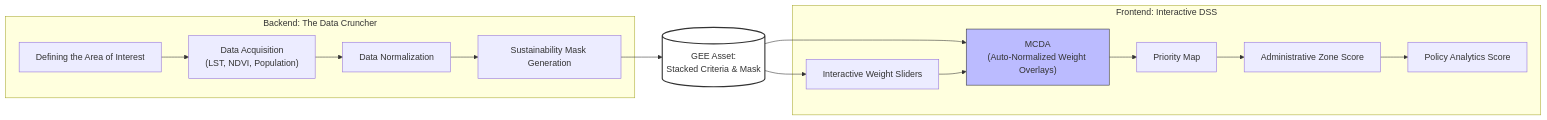
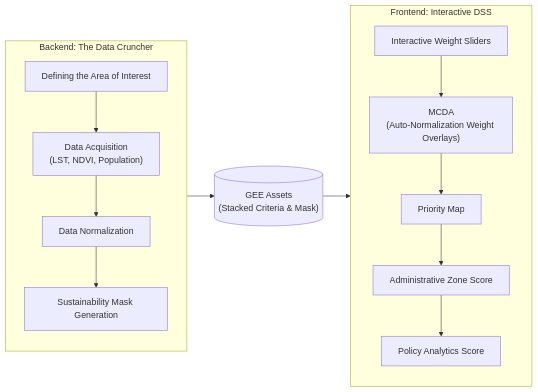
Before and after one commit to AashleshaS/Strategic-Afforestation-Dashboard: the diagram in README.md, drawn with Mermaid.

````diff
--- a/README.md
+++ b/README.md
@@ -42,24 +42,25 @@
 ```mermaid
 graph LR
-    subgraph "Backend: The Data Cruncher"
-        A["Defining the Area of Interest"] --> B["Data Acquisition<br/>(LST, NDVI, Population)"]
-        B --> C["Data Normalization"]
-        C --> D["Sustainability Mask Generation"]
+    subgraph Backend ["Backend: The Data Cruncher"]
+        direction TB
+        A1["Defining the Area of Interest"] --> A2["Data Acquisition<br/>(LST, NDVI, Population)"]
+        A2 --> A3["Data Normalization"]
+        A3 --> A4["Sustainability Mask Generation"]
     end
 
-    D --> E[("GEE Asset:<br/>Stacked Criteria & Mask")]
+    %% Export to Asset
+    A4 --> Asset
 
-    E --> F["Interactive Weight Sliders"]
-    E --> G["MCDA<br/>(Auto-Normalized Weight Overlays)"]
+    Asset[("GEE Assets<br/>(Stacked Criteria & Mask)")]
 
-    subgraph "Frontend: Interactive DSS"
-        F --> G
-        G --> H["Priority Map"]
-        H --> I["Administrative Zone Score"]
-        I --> J["Policy Analytics Score"]
+    subgraph Frontend ["Frontend: Interactive DSS"]
+        direction TB
+        F1["Interactive Weight Sliders"] --> F2["MCDA<br/>(Auto-Normalization Weight Overlays)"]
+        F2 --> F3["Priority Map"]
+        F3 --> F4["Administrative Zone Score"]
+        F4 --> F5["Policy Analytics Score"]
     end
 
-    %% Visual Styling
-    style E fill:#ffffff,stroke:#333,stroke-width:2px
-    style G fill:#bbf,stroke:#333
+    %% Direct connection to MCDA
+    Asset --> F2
 ```
````
